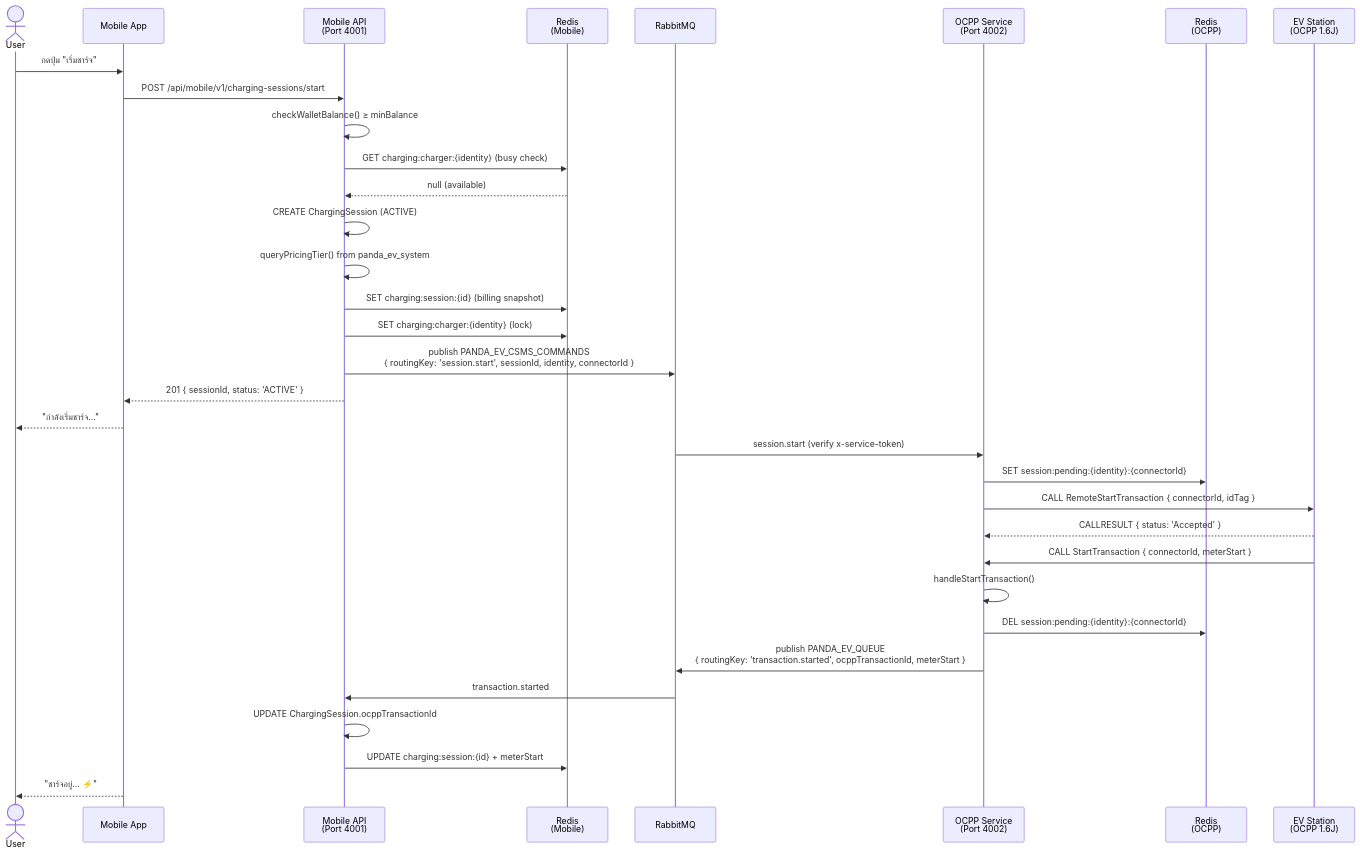
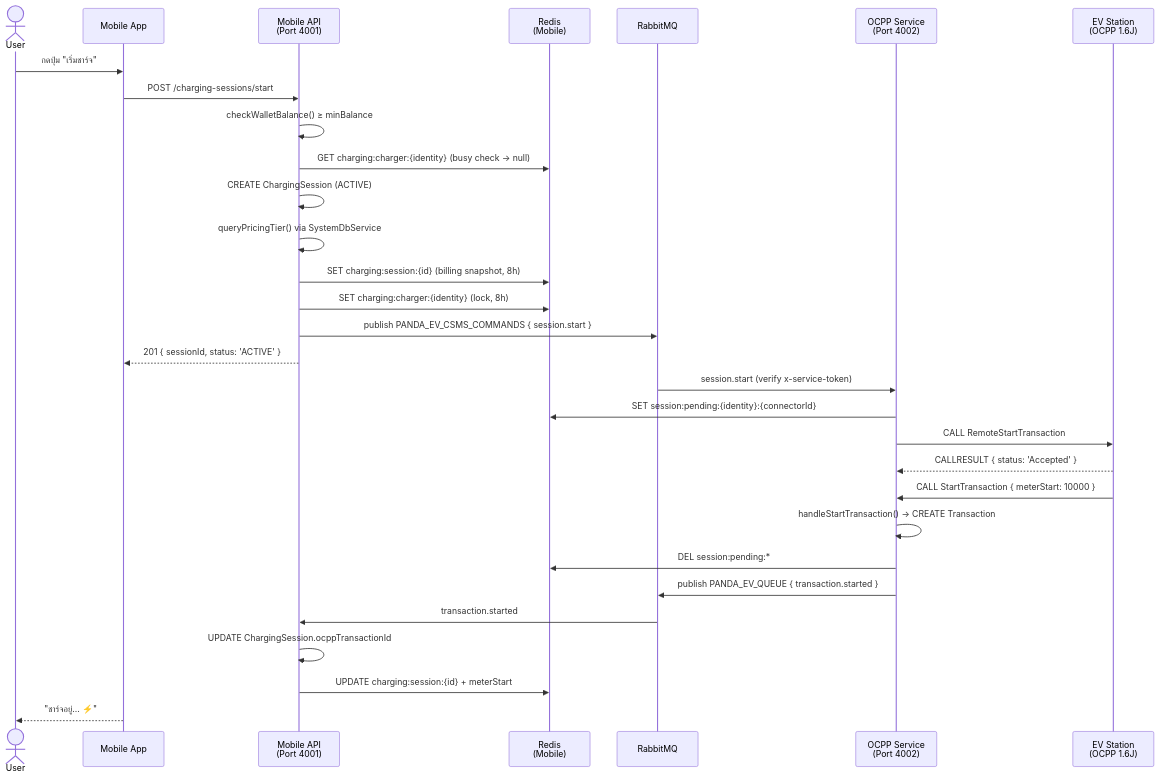
One commit to kothsada/ev-charge-my-projects changed the fourth of 8 diagrams in docs/ev-charging-architecture.md. Above: the diagram before and after it, drawn with Mermaid. The commit also changed other lines of this file and 49 other files, not shown here.

````diff
--- a/docs/ev-charging-architecture.md
+++ b/docs/ev-charging-architecture.md
@@ -474,39 +573,36 @@
 ```mermaid
 sequenceDiagram
     actor User
     participant App as Mobile App
     participant Mobile as Mobile API<br/>(Port 4001)
     participant Redis_M as Redis<br/>(Mobile)
     participant MQ as RabbitMQ
     participant OCPP as OCPP Service<br/>(Port 4002)
-    participant Redis_O as Redis<br/>(OCPP)
     participant Station as EV Station<br/>(OCPP 1.6J)
 
     User->>App: กดปุ่ม "เริ่มชาร์จ"
-    App->>Mobile: POST /api/mobile/v1/charging-sessions/start
+    App->>Mobile: POST /charging-sessions/start
     Mobile->>Mobile: checkWalletBalance() ≥ minBalance
-    Mobile->>Redis_M: GET charging:charger:{identity} (busy check)
-    Redis_M-->>Mobile: null (available)
+    Mobile->>Redis_M: GET charging:charger:{identity} (busy check → null)
     Mobile->>Mobile: CREATE ChargingSession (ACTIVE)
-    Mobile->>Mobile: queryPricingTier() from panda_ev_system
-    Mobile->>Redis_M: SET charging:session:{id} (billing snapshot)
-    Mobile->>Redis_M: SET charging:charger:{identity} (lock)
-    Mobile->>MQ: publish PANDA_EV_CSMS_COMMANDS<br/>{ routingKey: 'session.start', sessionId, identity, connectorId }
+    Mobile->>Mobile: queryPricingTier() via SystemDbService
+    Mobile->>Redis_M: SET charging:session:{id} (billing snapshot, 8h)
+    Mobile->>Redis_M: SET charging:charger:{identity} (lock, 8h)
+    Mobile->>MQ: publish PANDA_EV_CSMS_COMMANDS { session.start }
     Mobile-->>App: 201 { sessionId, status: 'ACTIVE' }
-    App-->>User: "กำลังเริ่มชาร์จ..."
 
     MQ->>OCPP: session.start (verify x-service-token)
-    OCPP->>Redis_O: SET session:pending:{identity}:{connectorId}
-    OCPP->>Station: CALL RemoteStartTransaction { connectorId, idTag }
+    OCPP->>Redis_M: SET session:pending:{identity}:{connectorId}
+    OCPP->>Station: CALL RemoteStartTransaction
     Station-->>OCPP: CALLRESULT { status: 'Accepted' }
 
-    Station->>OCPP: CALL StartTransaction { connectorId, meterStart }
-    OCPP->>OCPP: handleStartTransaction()
-    OCPP->>Redis_O: DEL session:pending:{identity}:{connectorId}
-    OCPP->>MQ: publish PANDA_EV_QUEUE<br/>{ routingKey: 'transaction.started', ocppTransactionId, meterStart }
+    Station->>OCPP: CALL StartTransaction { meterStart: 10000 }
+    OCPP->>OCPP: handleStartTransaction() → CREATE Transaction
+    OCPP->>Redis_M: DEL session:pending:*
+    OCPP->>MQ: publish PANDA_EV_QUEUE { transaction.started }
 
     MQ->>Mobile: transaction.started
     Mobile->>Mobile: UPDATE ChargingSession.ocppTransactionId
     Mobile->>Redis_M: UPDATE charging:session:{id} + meterStart
     App-->>User: "ชาร์จอยู่... ⚡"
 ```
````
